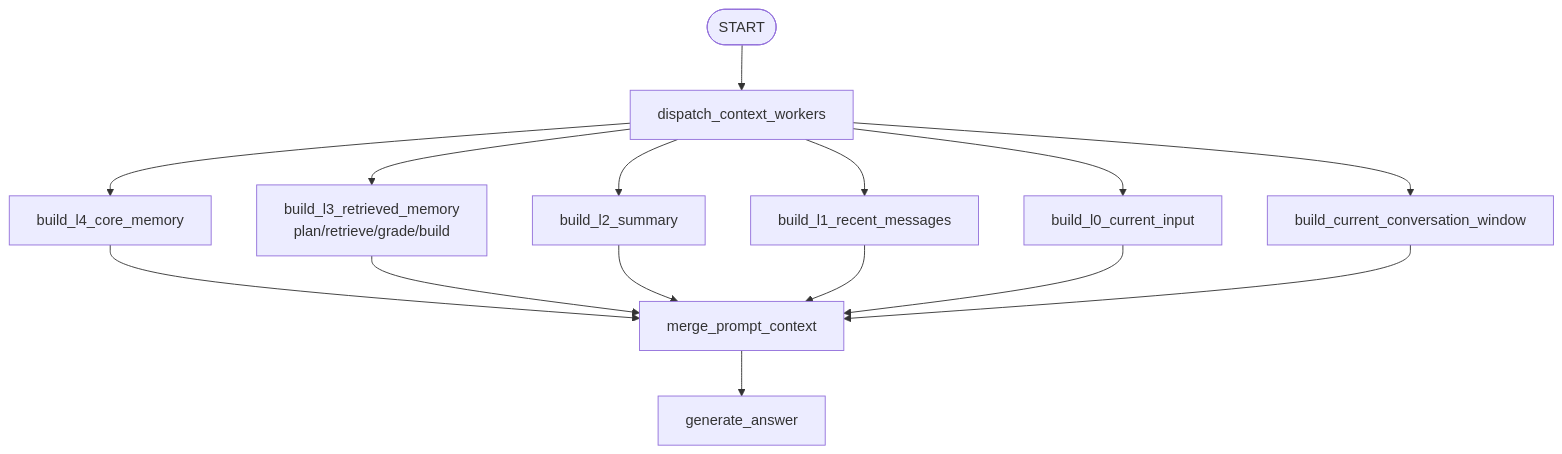
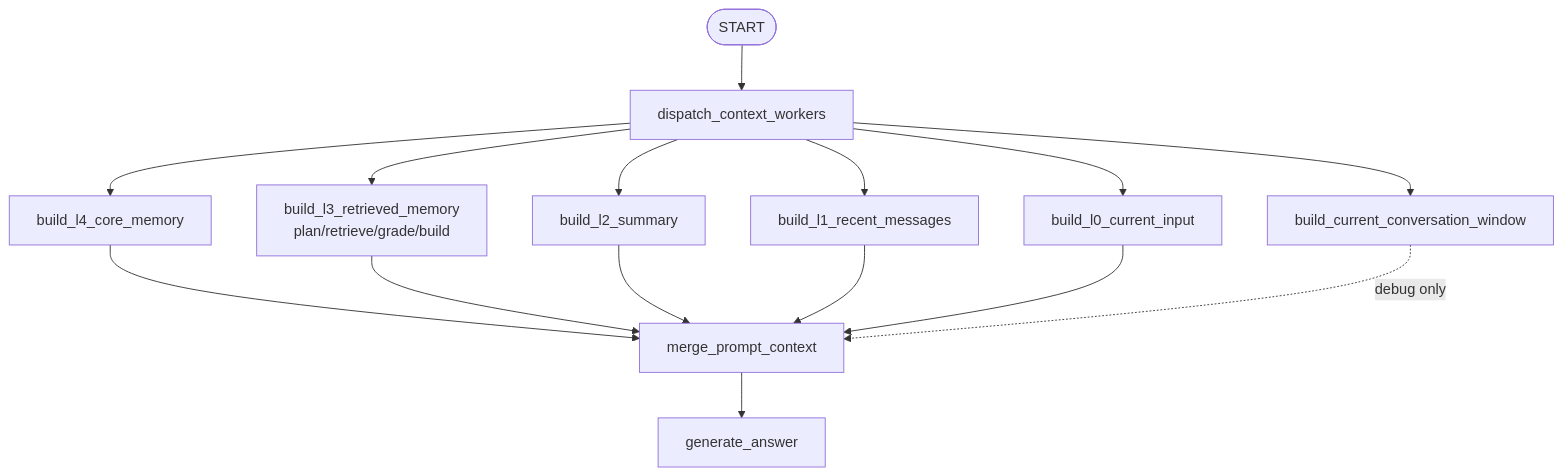
Before and after one commit to LiuJiaxuan1024/AiMemo: the second of 2 diagrams in docs/agent/context-pyramid.md, drawn with Mermaid. The commit also changed other lines of this file and 17 other files, not shown here.

````diff
--- a/docs/agent/context-pyramid.md
+++ b/docs/agent/context-pyramid.md
@@ -82,18 +85,18 @@
 ```mermaid
 flowchart TD
     Start([START]) --> Dispatch[dispatch_context_workers]
     Dispatch --> L4Worker[build_l4_core_memory]
     Dispatch --> L3Worker[build_l3_retrieved_memory<br/>plan/retrieve/grade/build]
     Dispatch --> L2Worker[build_l2_summary]
     Dispatch --> L1Worker[build_l1_recent_messages]
     Dispatch --> L0Worker[build_l0_current_input]
     Dispatch --> WindowWorker[build_current_conversation_window]
 
     L4Worker --> Merge[merge_prompt_context]
     L3Worker --> Merge
     L2Worker --> Merge
     L1Worker --> Merge
     L0Worker --> Merge
-    WindowWorker --> Merge
+WindowWorker -. debug only .-> Merge
     Merge --> Generate[generate_answer]
 ```
````
